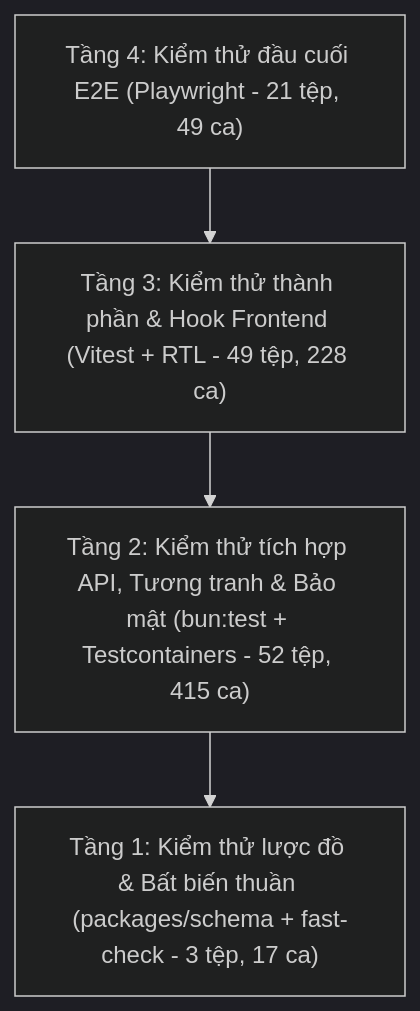
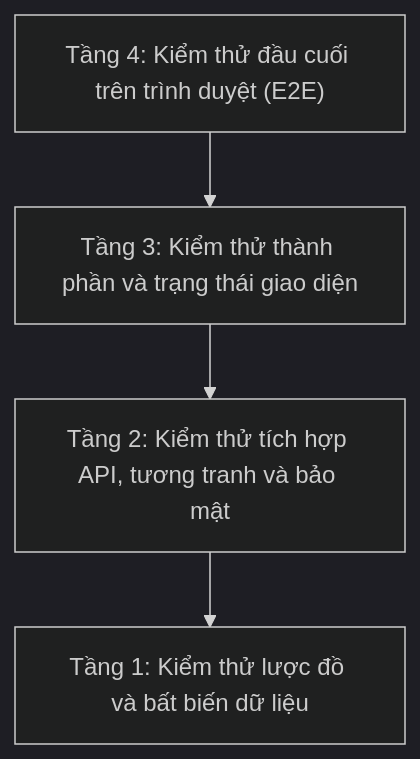
Before and after one commit to longqt321/Rendez-PBL6: the first of 24 diagrams in docs/bao-cao/BAO-CAO-DO-AN.md, drawn with Mermaid (dark theme). The commit also changed other lines of this file and 71 other files, not shown here.

Commit message:
feat(schema,backend): complete UX API features, role isolation, and submissions

````diff
--- a/docs/bao-cao/BAO-CAO-DO-AN.md
+++ b/docs/bao-cao/BAO-CAO-DO-AN.md
@@ -436,11 +501,11 @@
 ```mermaid
 flowchart TB
-    T4["Tầng 4: Kiểm thử đầu cuối E2E (Playwright - 21 tệp, 49 ca)"]
-    T3["Tầng 3: Kiểm thử thành phần & Hook Frontend (Vitest + RTL - 49 tệp, 228 ca)"]
-    T2["Tầng 2: Kiểm thử tích hợp API, Tương tranh & Bảo mật (bun:test + Testcontainers - 52 tệp, 415 ca)"]
-    T1["Tầng 1: Kiểm thử lược đồ & Bất biến thuần (packages/schema + fast-check - 3 tệp, 17 ca)"]
+    T4["Tầng 4: Kiểm thử đầu cuối trên trình duyệt (E2E)"]
+    T3["Tầng 3: Kiểm thử thành phần và trạng thái giao diện"]
+    T2["Tầng 2: Kiểm thử tích hợp API, tương tranh và bảo mật"]
+    T1["Tầng 1: Kiểm thử lược đồ và bất biến dữ liệu"]
 
     T4 --> T3
     T3 --> T2
     T2 --> T1
 ```
````
